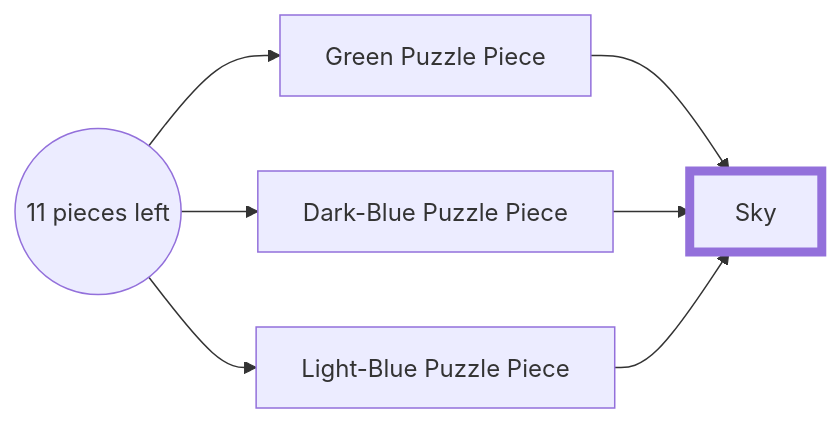
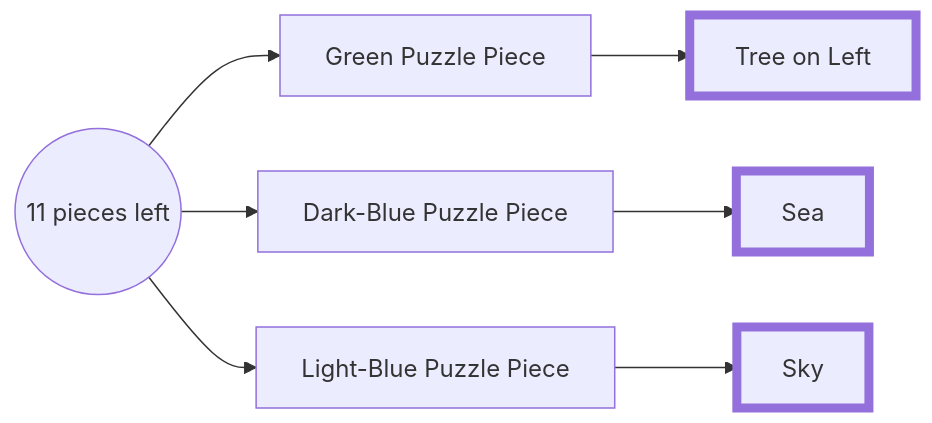
The second of 3 diagrams in README.md (198thread/lineup), drawn with Mermaid before and after one commit.

Commit message:
Update README.md
properly formatted second puzzle example in mermaid

````diff
--- a/README.md
+++ b/README.md
@@ -14,10 +14,13 @@
 ```mermaid
 graph LR;
     style E stroke-width:6px
+    style D stroke-width:6px
+    style G stroke-width:6px
+
     A((   11 pieces left    )) --> B[Green Puzzle Piece]
     B --> E["Tree on Left"]
     A --> C[Dark-Blue Puzzle Piece]
-    C --> E["Sea"]
-    A --> D[Light-Blue Puzzle Piece]
-    D --> E["Sky"]
+    C --> D["Sea"]
+    A --> F[Light-Blue Puzzle Piece]
+    F --> G["Sky"]
 ```
````
